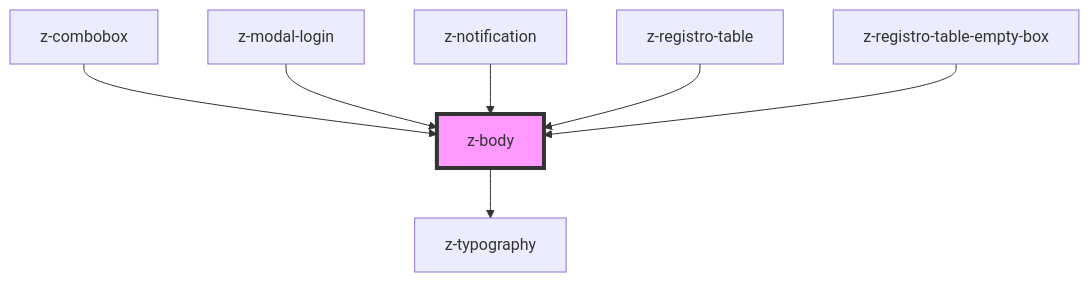
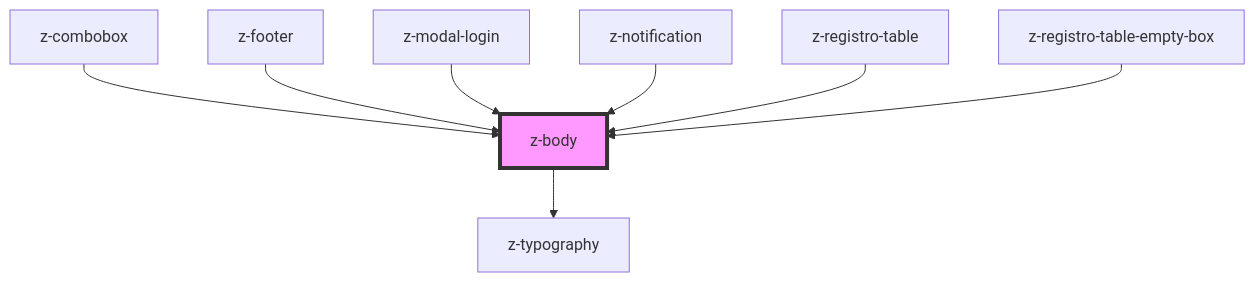
Before and after one commit to ZanichelliEditore/design-system: the diagram in src/components/typography/z-body/readme.md, drawn with Mermaid. The commit also changed other lines of this file and 13 other files, not shown here.

````diff
--- a/src/components/typography/z-body/readme.md
+++ b/src/components/typography/z-body/readme.md
@@ -30,10 +31,11 @@
 ```mermaid
 graph TD;
   z-body --> z-typography
   z-combobox --> z-body
+  z-footer --> z-body
   z-modal-login --> z-body
   z-notification --> z-body
   z-registro-table --> z-body
   z-registro-table-empty-box --> z-body
   style z-body fill:#f9f,stroke:#333,stroke-width:4px
 ```
````
